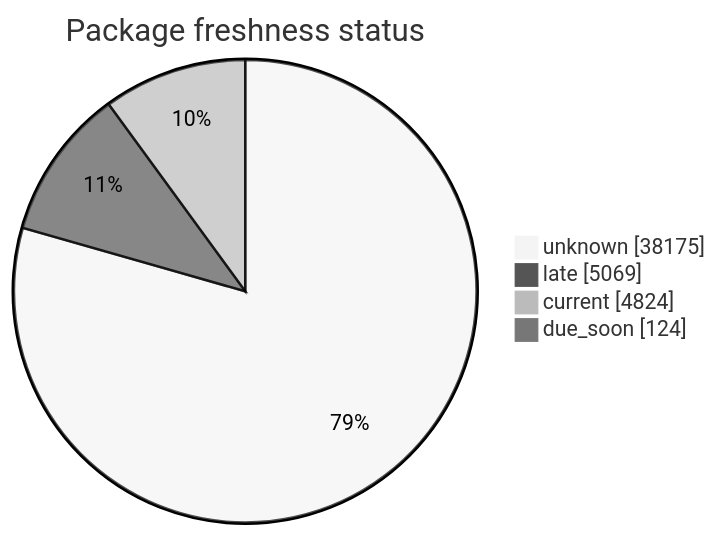
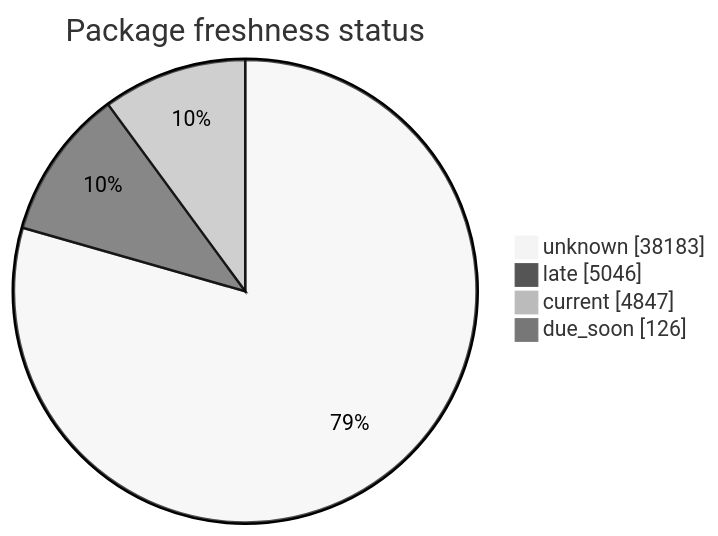
Before and after one commit to open-data/analytics-corporate-reporting: the second of 5 diagrams in FreshCheck/README.md, drawn with Mermaid (neutral theme). The commit also changed other lines of this file and 3 other files, not shown here.

````diff
--- a/FreshCheck/README.md
+++ b/FreshCheck/README.md
@@ -68,7 +68,7 @@
 ```mermaid
 pie showData title Package freshness status
-    "unknown": 38175
-    "late": 5069
-    "current": 4824
-    "due_soon": 124
+    "unknown": 38183
+    "late": 5046
+    "current": 4847
+    "due_soon": 126
 ```
````
